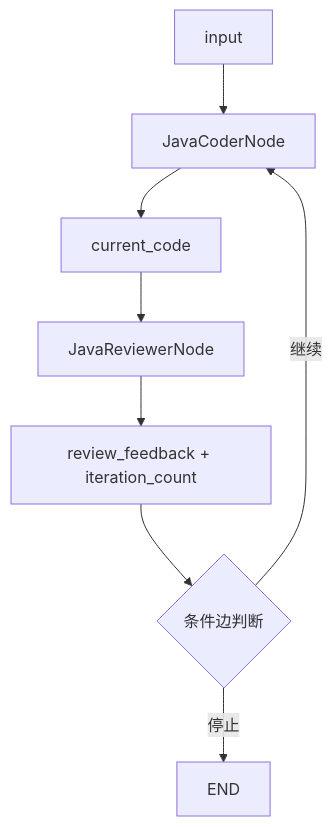
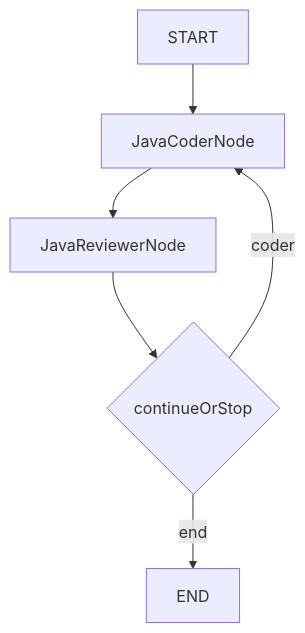
Before and after one commit to small-xiexu/agent-learning: the first of 2 diagrams in docs/Reflection范式新手导读.md, drawn with Mermaid. The commit also changed other lines of this file and 6 other files, not shown here.

````diff
--- a/docs/Reflection范式新手导读.md
+++ b/docs/Reflection范式新手导读.md
@@ -147,10 +102,8 @@
 ```mermaid
 flowchart TD
-    A[input] --> B[JavaCoderNode]
-    B --> C[current_code]
-    C --> D[JavaReviewerNode]
-    D --> E[review_feedback + iteration_count]
-    E --> F{条件边判断}
-    F -->|继续| B
-    F -->|停止| G[END]
+    A[START] --> B[JavaCoderNode]
+    B --> C[JavaReviewerNode]
+    C --> D{continueOrStop}
+    D -->|coder| B
+    D -->|end| E[END]
 ```
````
